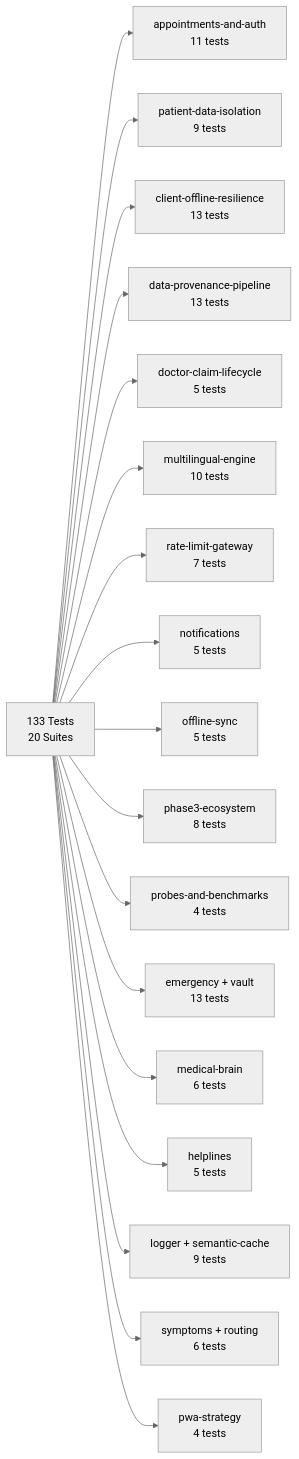
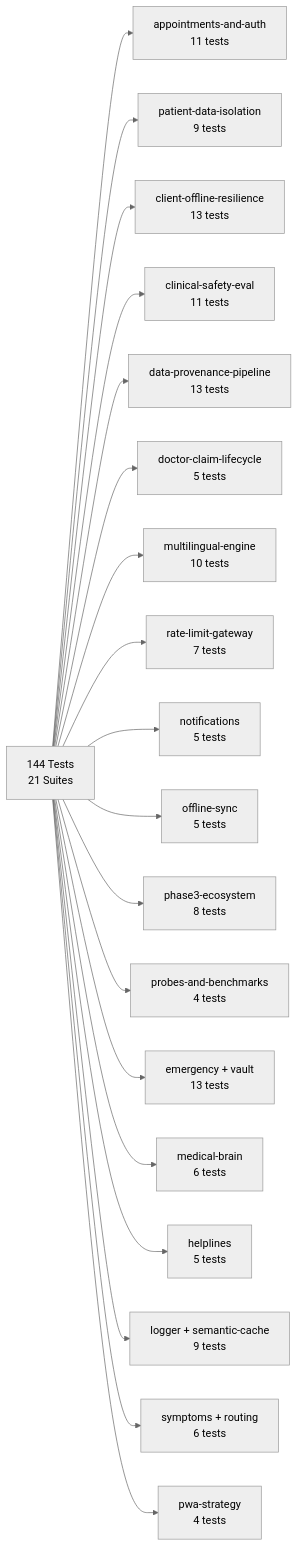
Before and after one commit to Arnavshukla09/RURAL-HEALTHCARE-PLATFORM: the ninth of 9 diagrams in README.md, drawn with Mermaid (neutral theme). The commit also changed other lines of this file and 7 other files, not shown here.

Commit message:
feat(clinical-safety): add decision table framework, prompt injection defense, and 50-case benchmark

````diff
--- a/README.md
+++ b/README.md
@@ -571,20 +573,21 @@
 ```mermaid
 flowchart LR
-    T["133 Tests\n20 Suites"] --> A["appointments-and-auth\n11 tests"]
+    T["144 Tests\n21 Suites"] --> A["appointments-and-auth\n11 tests"]
     T --> B["patient-data-isolation\n9 tests"]
     T --> C["client-offline-resilience\n13 tests"]
-    T --> D["data-provenance-pipeline\n13 tests"]
-    T --> E["doctor-claim-lifecycle\n5 tests"]
-    T --> F["multilingual-engine\n10 tests"]
-    T --> G["rate-limit-gateway\n7 tests"]
-    T --> H["notifications\n5 tests"]
-    T --> I["offline-sync\n5 tests"]
-    T --> J["phase3-ecosystem\n8 tests"]
-    T --> K["probes-and-benchmarks\n4 tests"]
-    T --> L["emergency + vault\n13 tests"]
-    T --> M["medical-brain\n6 tests"]
-    T --> N["helplines\n5 tests"]
-    T --> O["logger + semantic-cache\n9 tests"]
-    T --> P["symptoms + routing\n6 tests"]
-    T --> Q["pwa-strategy\n4 tests"]
+    T --> D["clinical-safety-eval\n11 tests"]
+    T --> E["data-provenance-pipeline\n13 tests"]
+    T --> F["doctor-claim-lifecycle\n5 tests"]
+    T --> G["multilingual-engine\n10 tests"]
+    T --> H["rate-limit-gateway\n7 tests"]
+    T --> I["notifications\n5 tests"]
+    T --> J["offline-sync\n5 tests"]
+    T --> K["phase3-ecosystem\n8 tests"]
+    T --> L["probes-and-benchmarks\n4 tests"]
+    T --> M["emergency + vault\n13 tests"]
+    T --> N["medical-brain\n6 tests"]
+    T --> O["helplines\n5 tests"]
+    T --> P["logger + semantic-cache\n9 tests"]
+    T --> Q["symptoms + routing\n6 tests"]
+    T --> R["pwa-strategy\n4 tests"]
 ```
````
